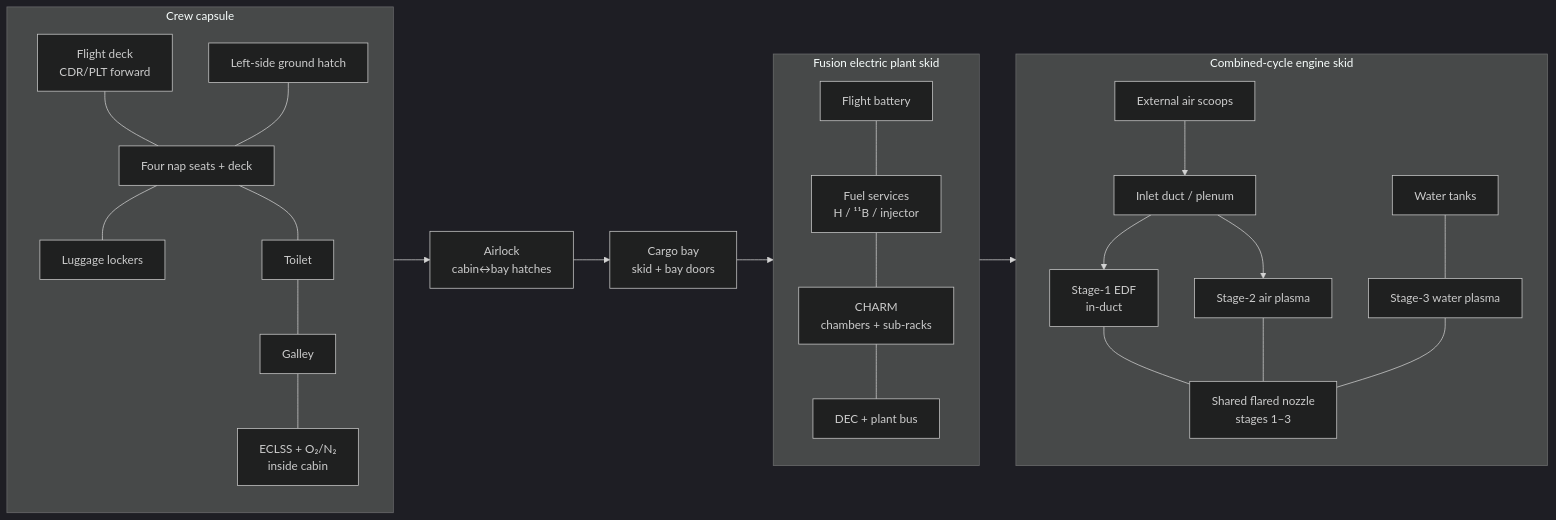
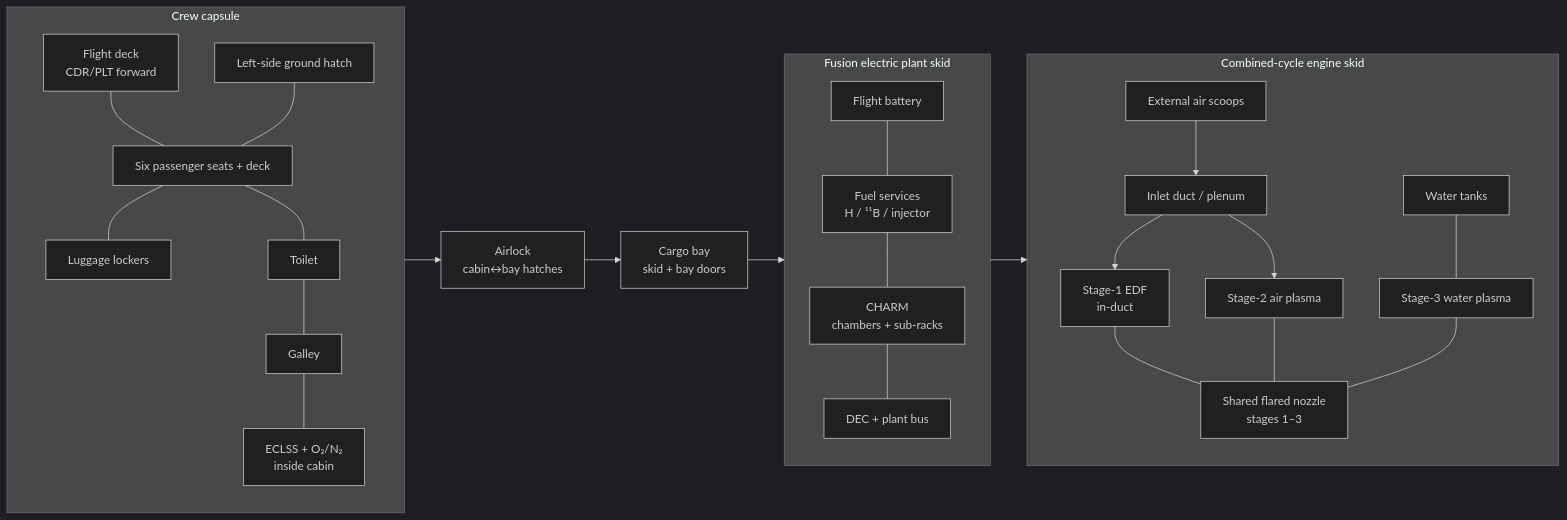
The third of 3 diagrams in arxiv.md (catskillsresearch/charm_p11b_ssto), drawn with Mermaid (dark theme) before and after one commit. The commit also changed other lines of this file and 20 other files, not shown here.

````diff
--- a/arxiv.md
+++ b/arxiv.md
@@ -907,41 +920,41 @@
 ```mermaid
 flowchart LR
   subgraph crew ["Crew capsule"]
     FD["Flight deck<br/>CDR/PLT forward"]
-    SE["Four nap seats + deck"]
+    SE["Six passenger seats + deck"]
     LUG["Luggage lockers"]
     WCS["Toilet"]
     GAL["Galley"]
     ECLSS["ECLSS + O₂/N₂<br/>inside cabin"]
     DOOR["Left-side ground hatch"]
     FD --- SE --- LUG
     SE --- WCS --- GAL --- ECLSS
     DOOR --- SE
   end
   AL["Airlock<br/>cabin↔bay hatches"]
   B["Cargo bay<br/>skid + bay doors"]
   subgraph FP ["Fusion electric plant skid"]
     BAT["Flight battery"]
     FUEL["Fuel services<br/>H / ¹¹B / injector"]
     R["CHARM<br/>chambers + sub-racks"]
     DEC2["DEC + plant bus"]
     BAT --- FUEL --- R --- DEC2
   end
   subgraph ENG ["Combined-cycle engine skid"]
     SC["External air scoops"]
     DU["Inlet duct / plenum"]
     W["Water tanks"]
     S1["Stage-1 EDF<br/>in-duct"]
     S2["Stage-2 air plasma"]
     S3["Stage-3 water plasma"]
     NZ["Shared flared nozzle<br/>stages 1–3"]
     SC --> DU
     DU --> S1
     DU --> S2
     W --- S3
     S1 --- NZ
     S2 --- NZ
     S3 --- NZ
   end
   crew --> AL --> B --> FP --> ENG
 ```
````
